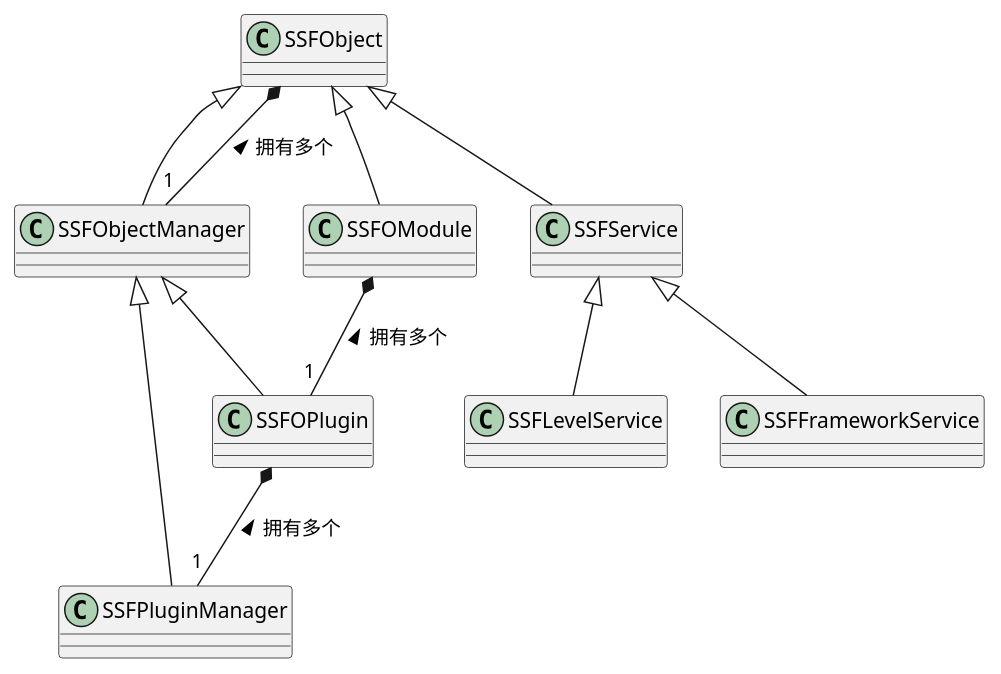
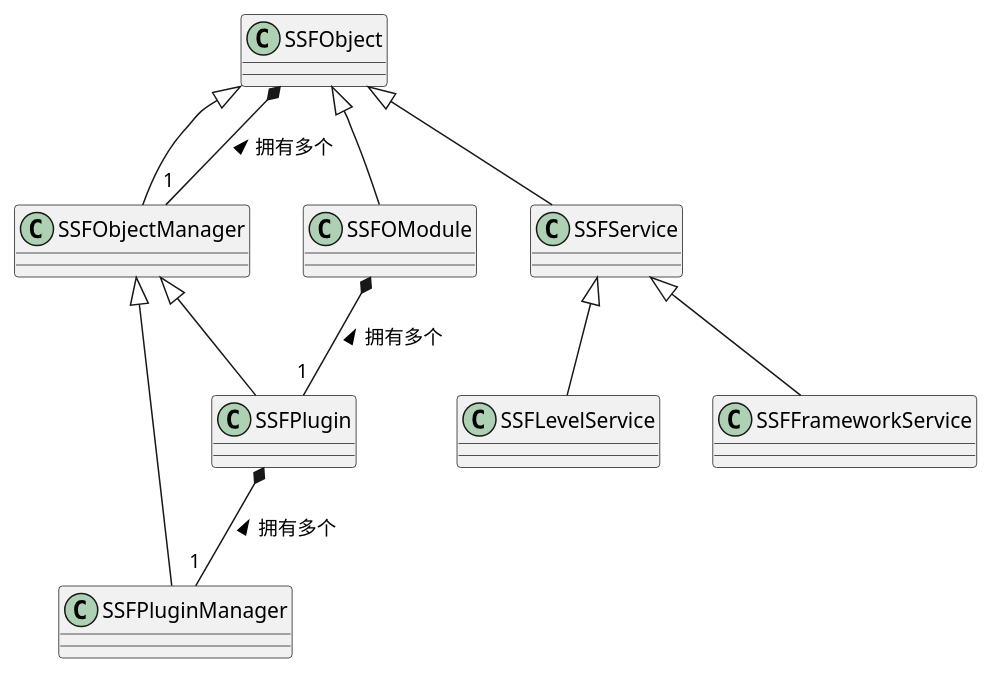
The diagram in SkywalkerServerFramework/SkywalkerServerFramework.plantuml (xcyh410713847/SkywalkerGameServer), drawn with PlantUML before and after one commit. The commit also changed 25 other files, not shown here.

```diff
--- a/SkywalkerServerFramework/SkywalkerServerFramework.plantuml
+++ b/SkywalkerServerFramework/SkywalkerServerFramework.plantuml
@@ -1,59 +1,59 @@
 @startuml SkywalkerServerFramework
 
 class SSFObject
 {
 }
 
 '继承自 SSFObject
 SSFObject <|-- SSFObjectManager
 SSFObject <|-- SSFOModule
 SSFObject <|-- SSFService
 class SSFObjectManager
 {
 
 }
 
 ' SSFObject 与 SSFObjectManager
 SSFObject *-- "1" SSFObjectManager : "拥有多个 <"
 
 class SSFOModule
 {
 
 }
 
-' SSFOModule 与 SSFOPlugin
-SSFOModule *-- "1" SSFOPlugin : "拥有多个 <"
+' SSFOModule 与 SSFPlugin
+SSFOModule *-- "1" SSFPlugin : "拥有多个 <"
 
 class SSFService
 {
 
 }
 
 '继承自 SSFObjectManager
-SSFObjectManager <|-- SSFOPlugin
+SSFObjectManager <|-- SSFPlugin
 SSFObjectManager <|-- SSFPluginManager
-class SSFOPlugin
+class SSFPlugin
 {
 
 }
 
 class SSFPluginManager
 {
 
 }
 
-' SSFOPlugin 与 SSFPluginManager
-SSFOPlugin *-- "1" SSFPluginManager : "拥有多个 <"
+' SSFPlugin 与 SSFPluginManager
+SSFPlugin *-- "1" SSFPluginManager : "拥有多个 <"
 
 '继承自 SSFOService
 SSFService <|-- SSFFrameworkService
 SSFService <|-- SSFLevelService
 class SSFFrameworkService
 {
 }
 
 class SSFLevelService
 {
 }
 
 @enduml
```
